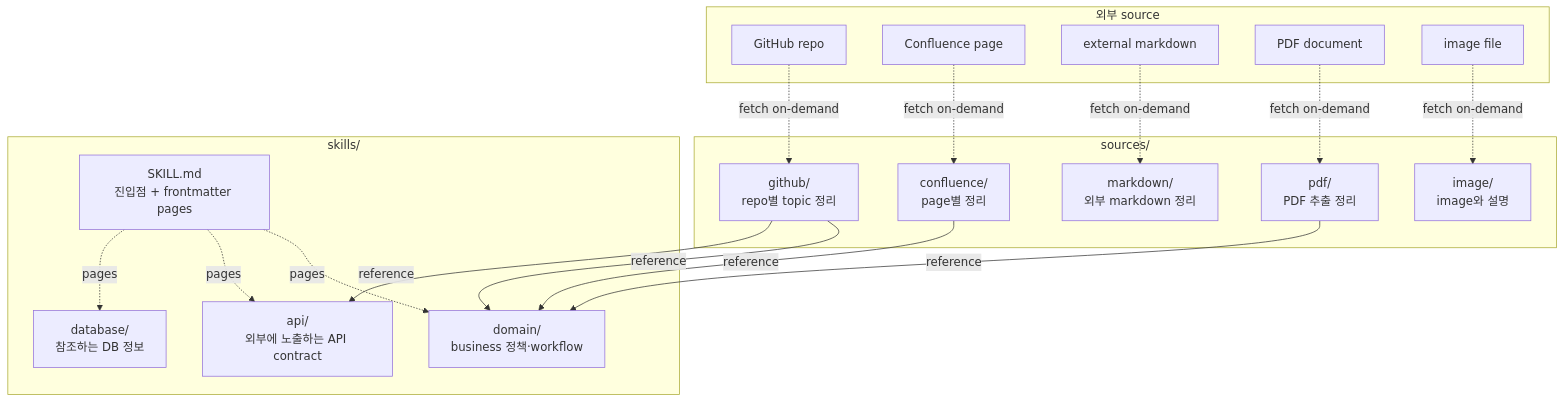
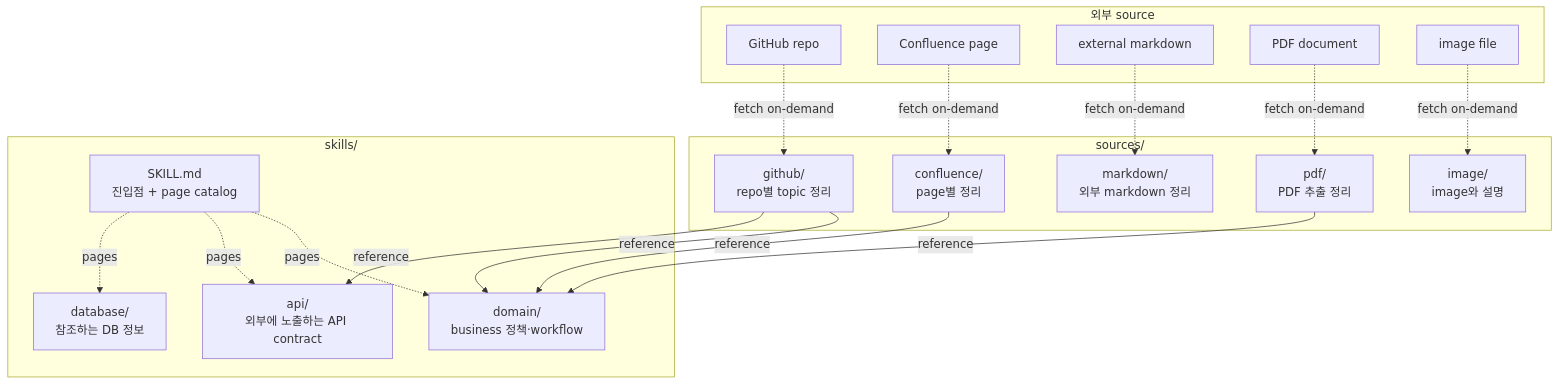
Before and after one commit to choesimin/choesimin.github.io: the second of 4 diagrams in collections/_notes/ai/llm-wiki/as-skill.md, drawn with Mermaid. The commit also changed other lines of this file, not shown here.

````diff
--- a/collections/_notes/ai/llm-wiki/as-skill.md
+++ b/collections/_notes/ai/llm-wiki/as-skill.md
@@ -128,40 +128,40 @@
 ```mermaid
 graph TB
     subgraph external["외부 source"]
         ext_repo[GitHub repo]
         ext_conf[Confluence page]
         ext_md[external markdown]
         ext_pdf[PDF document]
         ext_img[image file]
     end
 
     subgraph sources_layer["sources/"]
         src_github["github/<br>repo별 topic 정리"]
         src_conf["confluence/<br>page별 정리"]
         src_md["markdown/<br>외부 markdown 정리"]
         src_pdf["pdf/<br>PDF 추출 정리"]
         src_img["image/<br>image와 설명"]
     end
 
     subgraph skills_layer["skills/"]
-        skill_md["SKILL.md<br>진입점 + frontmatter pages"]
+        skill_md["SKILL.md<br>진입점 + page catalog"]
         skill_domain["domain/<br>business 정책·workflow"]
         skill_api["api/<br>외부에 노출하는 API contract"]
         skill_db["database/<br>참조하는 DB 정보"]
     end
 
     ext_repo -.fetch on-demand.-> src_github
     ext_conf -.fetch on-demand.-> src_conf
     ext_md -.fetch on-demand.-> src_md
     ext_pdf -.fetch on-demand.-> src_pdf
     ext_img -.fetch on-demand.-> src_img
 
     src_github -->|reference| skill_domain
     src_conf -->|reference| skill_domain
     src_github -->|reference| skill_api
     src_pdf -->|reference| skill_domain
 
     skill_md -.pages.-> skill_domain
     skill_md -.pages.-> skill_api
     skill_md -.pages.-> skill_db
 ```
````
